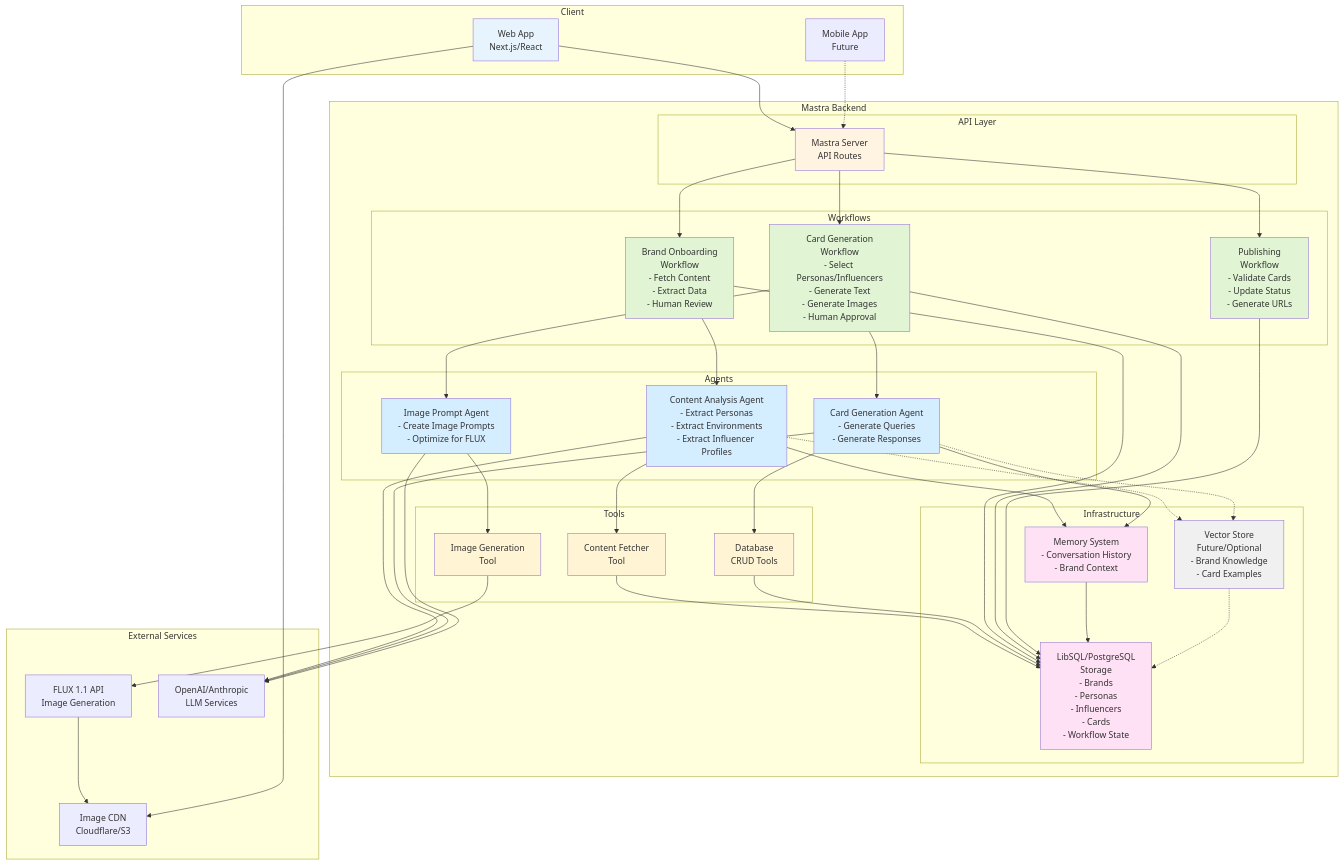
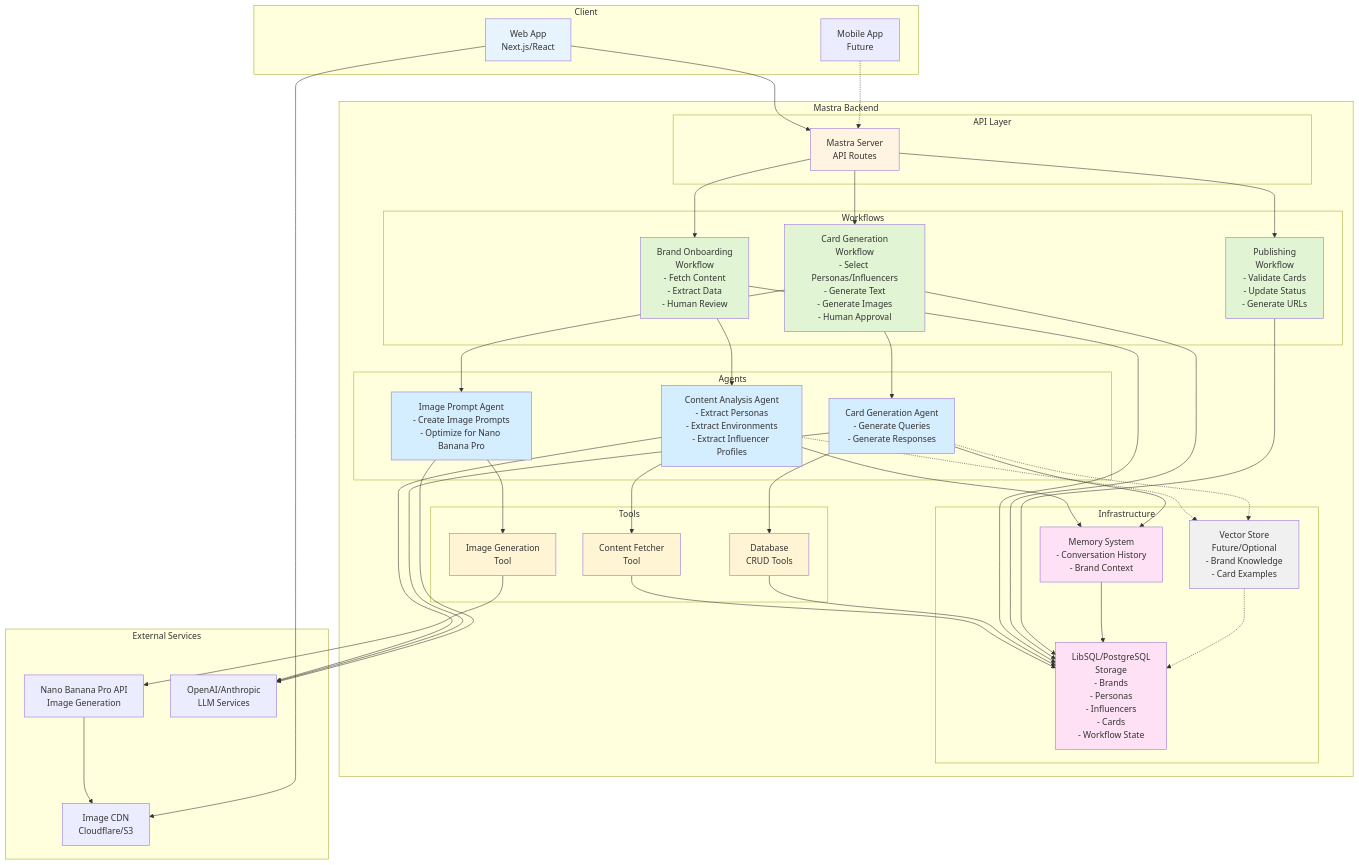
The second of 4 diagrams in diagram/wisdom-pixels-architecture.md (kirilligum/wisdom-pixels-hackathon-251122), drawn with Mermaid before and after one commit. The commit also changed other lines of this file and 39 other files, not shown here.

Commit message:
feat: Replace FLUX 2 with Nano Banana Pro for image generation

```diff
--- a/diagram/wisdom-pixels-architecture.md
+++ b/diagram/wisdom-pixels-architecture.md
@@ -142,7 +142,7 @@
         subgraph "Agents"
             AGENT_CONTENT[Content Analysis Agent<br/>- Extract Personas<br/>- Extract Environments<br/>- Extract Influencer Profiles]
             AGENT_CARD[Card Generation Agent<br/>- Generate Queries<br/>- Generate Responses]
-            AGENT_IMAGE[Image Prompt Agent<br/>- Create Image Prompts<br/>- Optimize for FLUX]
+            AGENT_IMAGE[Image Prompt Agent<br/>- Create Image Prompts<br/>- Optimize for Nano Banana Pro]
         end
 
         subgraph "Workflows"
@@ -165,7 +165,7 @@
     end
 
     subgraph "External Services"
-        FLUX[FLUX 1.1 API<br/>Image Generation]
+        FLUX[Nano Banana Pro API<br/>Image Generation]
         CDN[Image CDN<br/>Cloudflare/S3]
         OPENAI[OpenAI/Anthropic<br/>LLM Services]
     end
```
